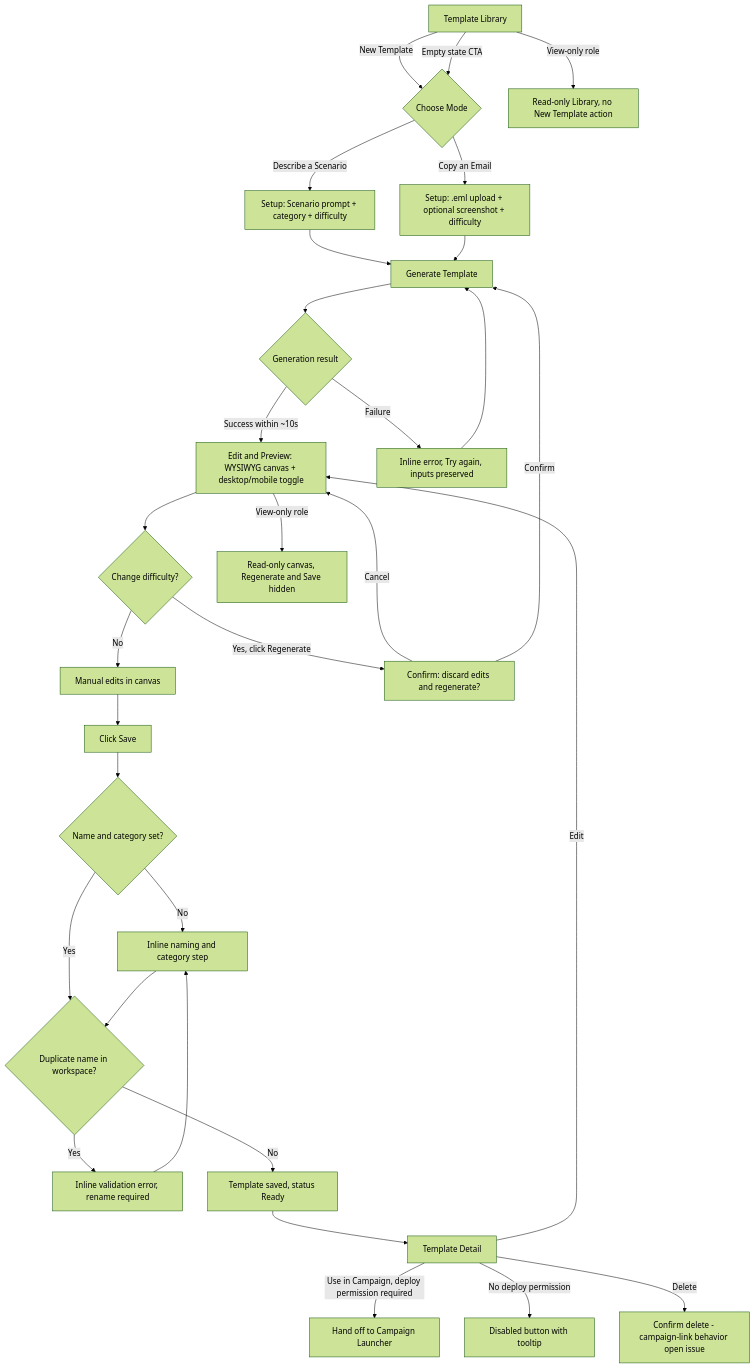
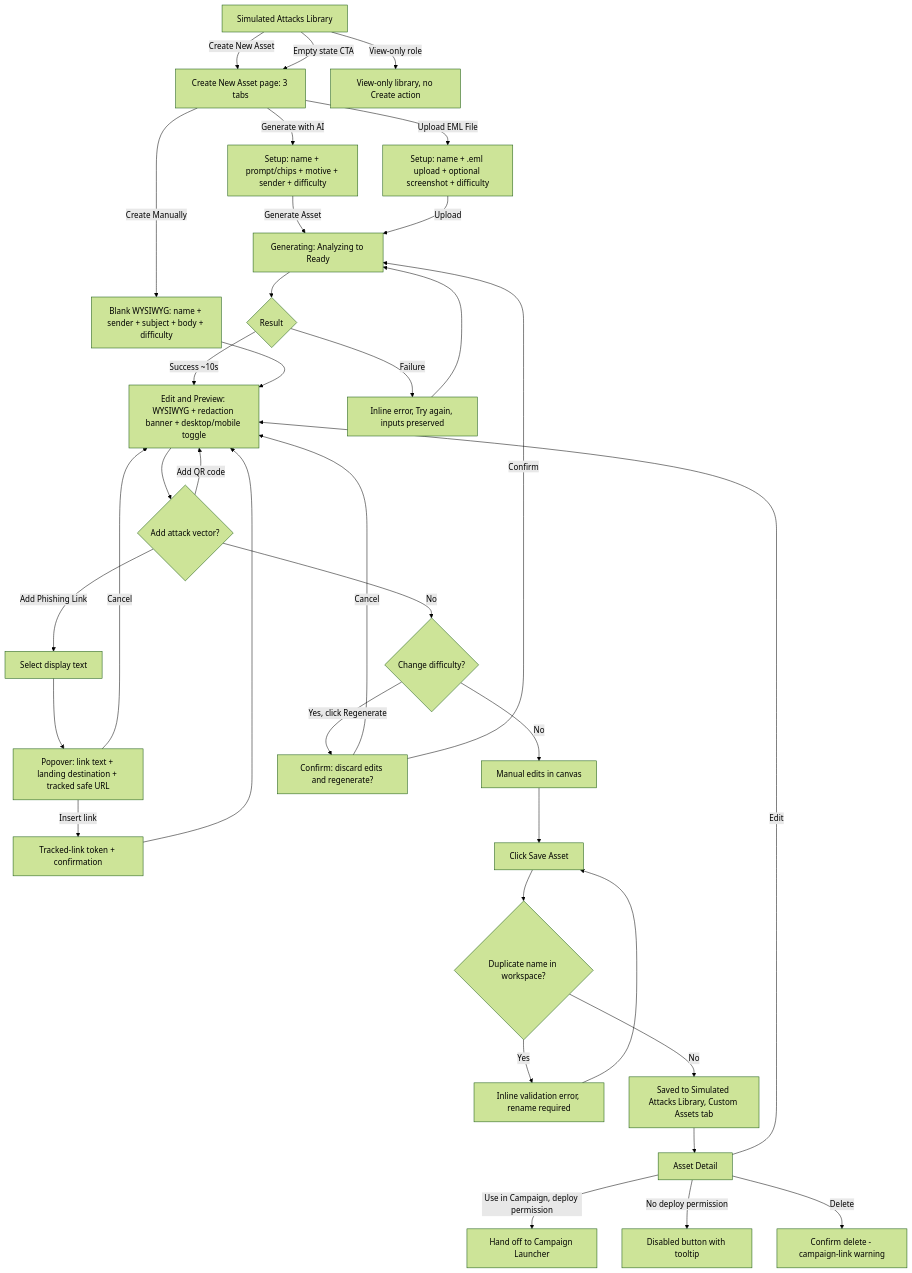
Before and after one commit to fan-boy/DesignAgents: the diagram in knowledge/features/ai-phishing-template-generator/user-flow.mmd, drawn with Mermaid (forest theme). The commit also changed 8 other files, not shown here.

```diff
--- a/knowledge/features/ai-phishing-template-generator/user-flow.mmd
+++ b/knowledge/features/ai-phishing-template-generator/user-flow.mmd
@@ -1,35 +1,42 @@
 flowchart TD
-    A[Template Library] -->|New Template| B{Choose Mode}
+    A[Simulated Attacks Library] -->|Create New Asset| B[Create New Asset page: 3 tabs]
     A -->|Empty state CTA| B
-    B -- Describe a Scenario --> C1[Setup: Scenario prompt + category + difficulty]
-    B -- Copy an Email --> C2[Setup: .eml upload + optional screenshot + difficulty]
-    C1 --> D[Generate Template]
-    C2 --> D
-    D --> E{Generation result}
-    E -- Success within ~10s --> F[Edit and Preview: WYSIWYG canvas + desktop/mobile toggle]
-    E -- Failure --> C1err[Inline error, Try again, inputs preserved]
-    C1err --> D
+    A -->|View-only role| VO[View-only library, no Create action]
 
-    F --> G{Change difficulty?}
+    B -- Generate with AI --> C1[Setup: name + prompt/chips + motive + sender + difficulty]
+    B -- Create Manually --> C2[Blank WYSIWYG: name + sender + subject + body + difficulty]
+    B -- Upload EML File --> C3[Setup: name + .eml upload + optional screenshot + difficulty]
+
+    C1 -->|Generate Asset| D[Generating: Analyzing to Ready]
+    C3 -->|Upload| D
+    D --> E{Result}
+    E -- Success ~10s --> F[Edit and Preview: WYSIWYG + redaction banner + desktop/mobile toggle]
+    E -- Failure --> Derr[Inline error, Try again, inputs preserved]
+    Derr --> D
+    C2 --> F
+
+    F --> AL{Add attack vector?}
+    AL -- Add Phishing Link --> L1[Select display text]
+    L1 --> L2[Popover: link text + landing destination + tracked safe URL]
+    L2 -- Insert link --> L3[Tracked-link token + confirmation]
+    L2 -- Cancel --> F
+    L3 --> F
+    AL -- Add QR code --> F
+    AL -- No --> G{Change difficulty?}
+
     G -- No --> H[Manual edits in canvas]
     G -- Yes, click Regenerate --> I[Confirm: discard edits and regenerate?]
     I -- Cancel --> F
     I -- Confirm --> D
 
-    H --> J[Click Save]
-    J --> K{Name and category set?}
-    K -- No --> L[Inline naming and category step]
-    K -- Yes --> M{Duplicate name in workspace?}
-    L --> M
-    M -- Yes --> Lerr[Inline validation error, rename required]
-    Lerr --> L
-    M -- No --> N[Template saved, status Ready]
+    H --> J[Click Save Asset]
+    J --> M{Duplicate name in workspace?}
+    M -- Yes --> Merr[Inline validation error, rename required]
+    Merr --> J
+    M -- No --> N[Saved to Simulated Attacks Library, Custom Assets tab]
 
-    N --> O[Template Detail]
-    O -->|Use in Campaign, deploy permission required| P[Hand off to Campaign Launcher]
+    N --> O[Asset Detail]
+    O -->|Use in Campaign, deploy permission| P[Hand off to Campaign Launcher]
     O -->|No deploy permission| Q[Disabled button with tooltip]
-    O -->|Delete| R[Confirm delete - campaign-link behavior open issue]
+    O -->|Delete| R[Confirm delete - campaign-link warning]
     O -->|Edit| F
-
-    A -->|View-only role| S[Read-only Library, no New Template action]
-    F -->|View-only role| T[Read-only canvas, Regenerate and Save hidden]
```
